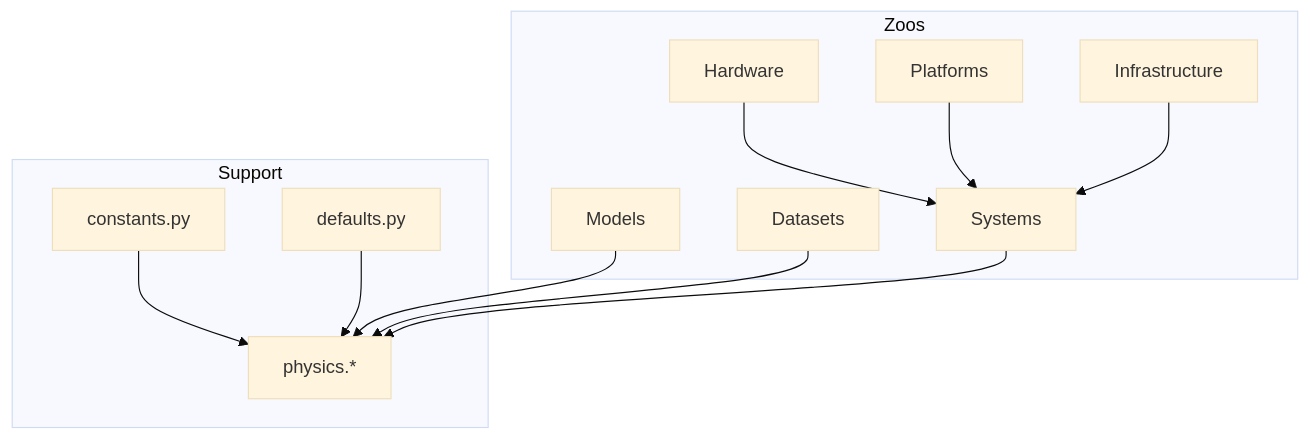
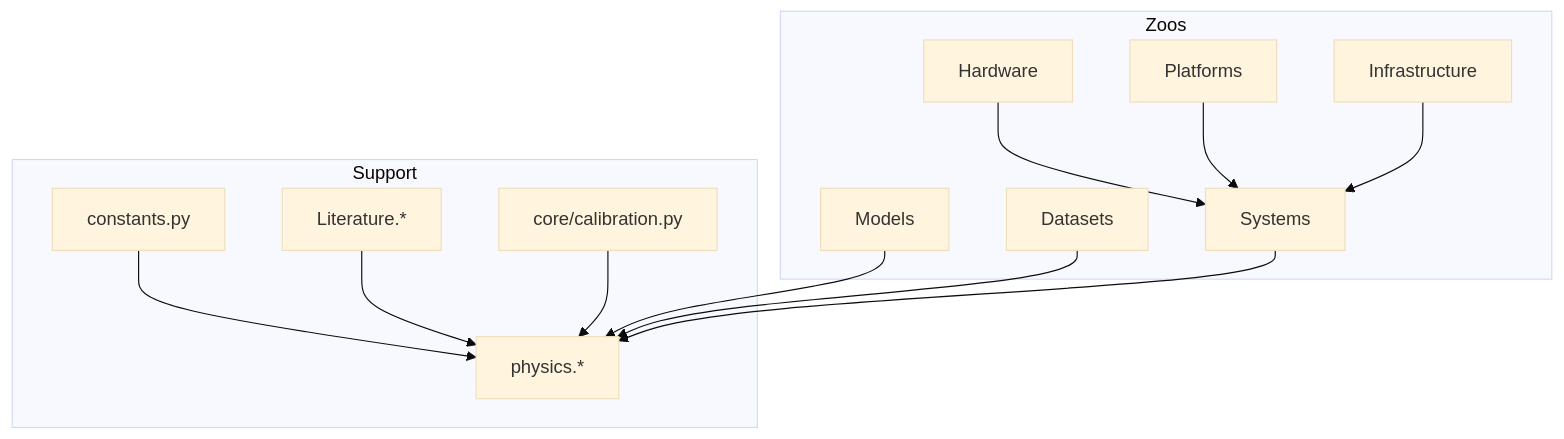
The diagram in mlsysim/docs/DATA_MODEL.md (Mu-L/cs249r_book), drawn with Mermaid (base theme) before and after one commit. The commit also changed other lines of this file and 187 other files, not shown here.

First line of the commit message:
Remove mlsysim.core.defaults and migrate book to domain registries.

````diff
--- a/mlsysim/docs/DATA_MODEL.md
+++ b/mlsysim/docs/DATA_MODEL.md
@@ -26,24 +31,26 @@
 ```mermaid
 flowchart TB
   subgraph zoos [Zoos]
     Hardware
     Models
     Datasets
     Platforms
     Infrastructure
     Systems
   end
   subgraph support [Support]
     constants[constants.py]
-    defaults[defaults.py]
+    literature[Literature.*]
+    calibration[core/calibration.py]
     physics[physics.*]
   end
   Hardware --> Systems
   Platforms --> Systems
   Infrastructure --> Systems
   Models --> physics
   Datasets --> physics
   constants --> physics
-  defaults --> physics
+  literature --> physics
+  calibration --> physics
   Systems --> physics
 ```
````
